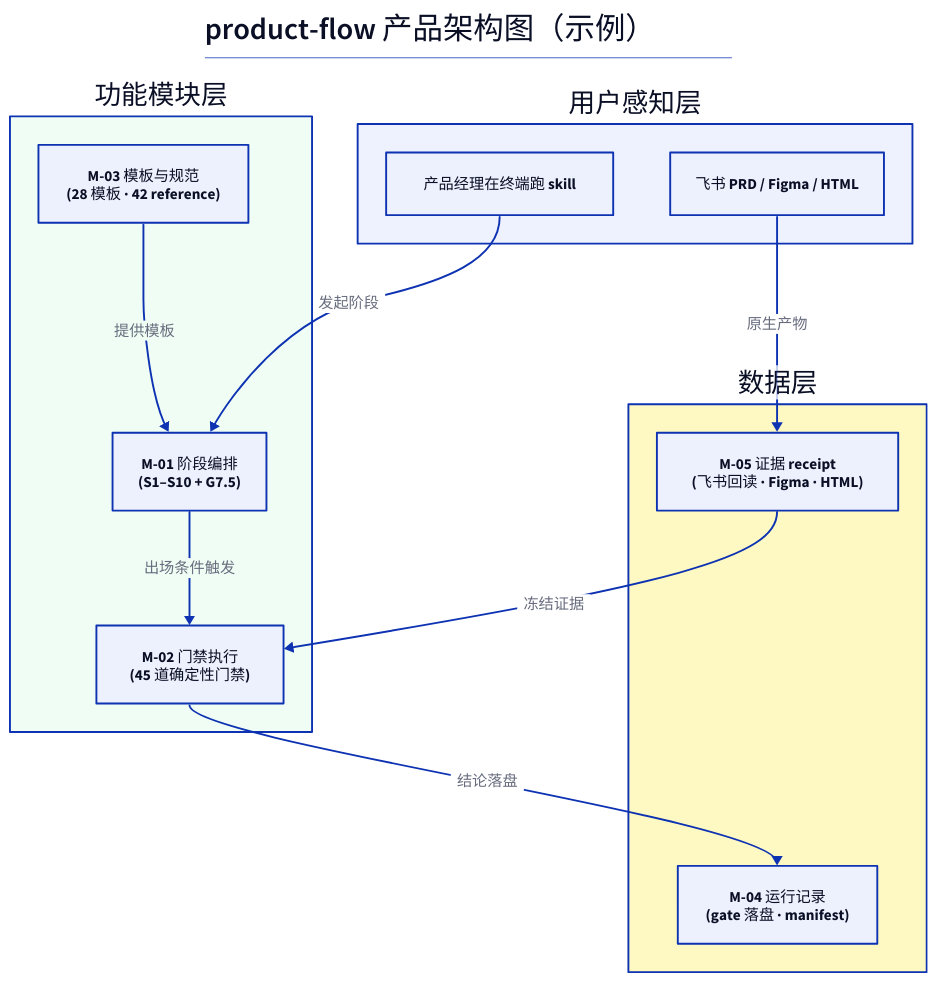
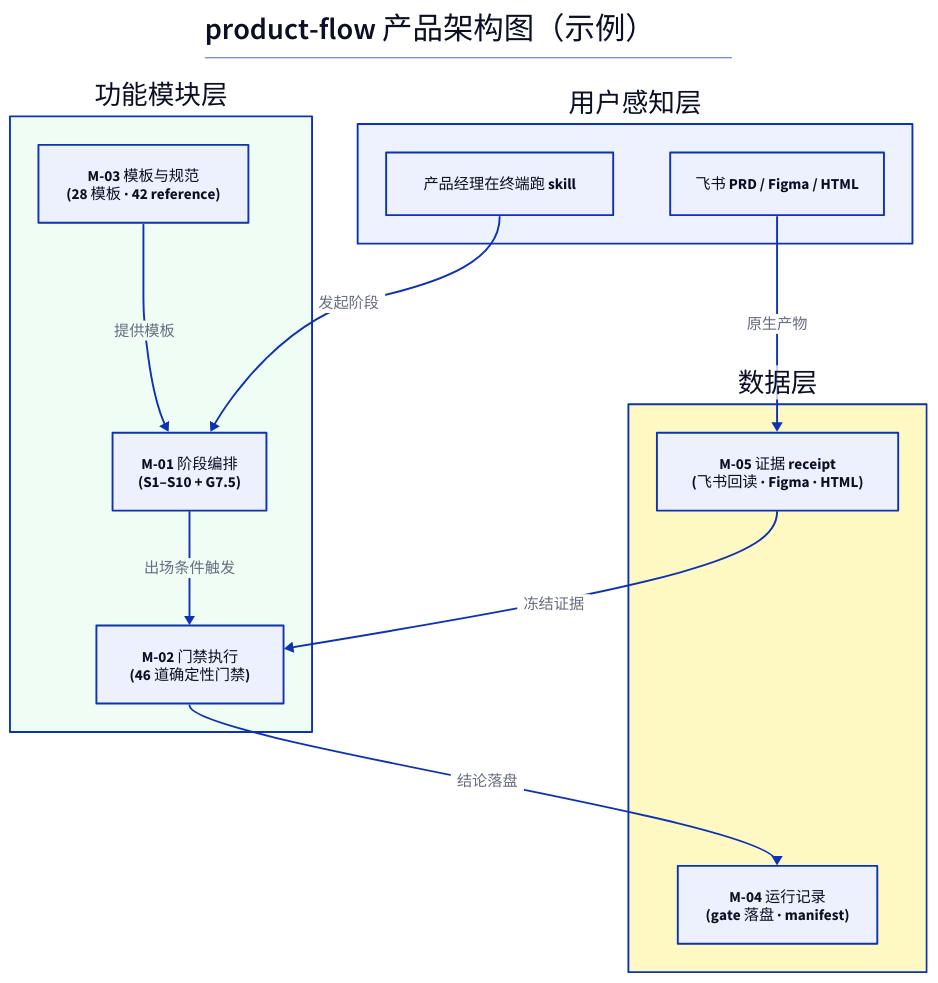
The diagram in skills/product-flow/templates/diagrams/product-architecture.example.d2 (songyang753-cloud/sybuilder), drawn with D2 before and after one commit. The commit also changed 18 other files, not shown here.

```diff
--- a/skills/product-flow/templates/diagrams/product-architecture.example.d2
+++ b/skills/product-flow/templates/diagrams/product-architecture.example.d2
@@ -1,24 +1,24 @@
 title: |md # product-flow 产品架构图（示例） | {near: top-center}
 
 用户感知层: {
   style.fill: "#EEF2FF"
   CLI: "产品经理在终端跑 skill"
   DOC: "飞书 PRD / Figma / HTML"
 }
 功能模块层: {
   style.fill: "#F0FDF4"
   M-01: "M-01 阶段编排\n(S1–S10 + G7.5)"
-  M-02: "M-02 门禁执行\n(45 道确定性门禁)"
+  M-02: "M-02 门禁执行\n(46 道确定性门禁)"
   M-03: "M-03 模板与规范\n(28 模板 · 42 reference)"
 }
 数据层: {
   style.fill: "#FEF9C3"
   M-04: "M-04 运行记录\n(gate 落盘 · manifest)"
   M-05: "M-05 证据 receipt\n(飞书回读 · Figma · HTML)"
 }
 用户感知层.CLI -> 功能模块层.M-01: 发起阶段
 功能模块层.M-01 -> 功能模块层.M-02: 出场条件触发
 功能模块层.M-02 -> 数据层.M-04: 结论落盘
 功能模块层.M-03 -> 功能模块层.M-01: 提供模板
 数据层.M-05 -> 功能模块层.M-02: 冻结证据
 用户感知层.DOC -> 数据层.M-05: 原生产物
```
